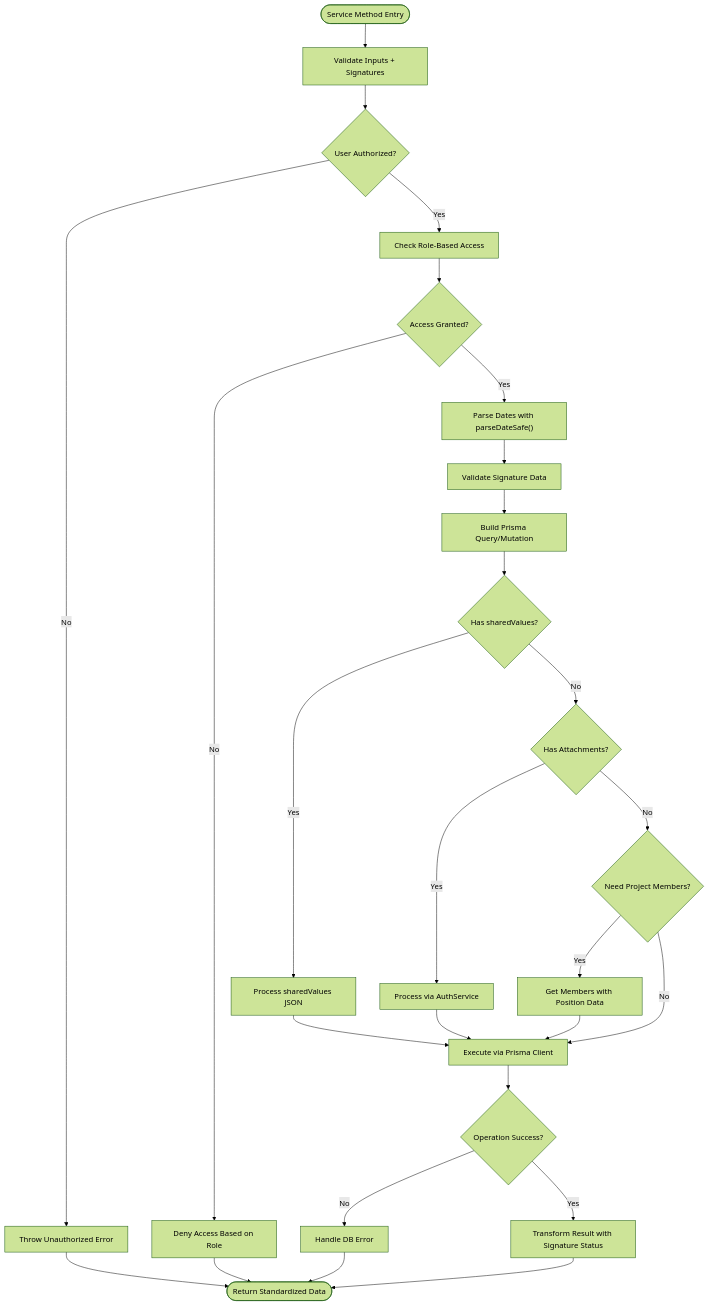
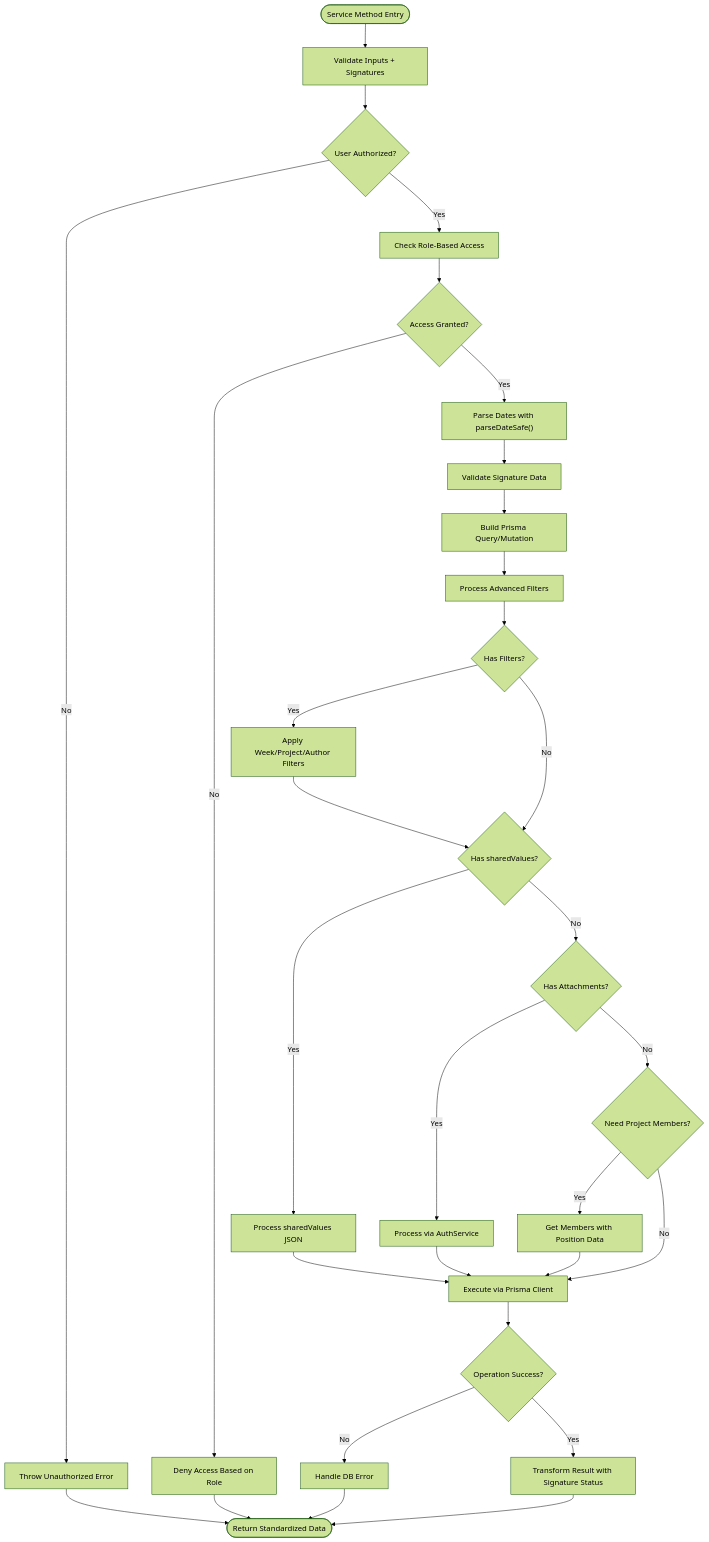
One commit to RobertRuas/windlog changed the fourth of 12 diagrams in .qoder/repowiki/en/content/Arquitetura Backend/Módulos do Sistema/Timesheet Semanal - Módulo Backend.md. Above: the diagram before and after it, drawn with Mermaid (forest theme). The commit also changed other lines of this file and 45 other files, not shown here.

````diff
--- a/.qoder/repowiki/en/content/Arquitetura Backend/Módulos do Sistema/Timesheet Semanal - Módulo Backend.md
+++ b/.qoder/repowiki/en/content/Arquitetura Backend/Módulos do Sistema/Timesheet Semanal - Módulo Backend.md
@@ -307,29 +324,33 @@
 ```mermaid
 flowchart TD
 Start(["Service Method Entry"]) --> Validate["Validate Inputs + Signatures"]
 Validate --> CheckAuth{"User Authorized?"}
 CheckAuth --> |No| ThrowError["Throw Unauthorized Error"]
 CheckAuth --> |Yes| CheckAccessControl["Check Role-Based Access"]
 CheckAccessControl --> AccessGranted{"Access Granted?"}
 AccessGranted --> |No| DenyAccess["Deny Access Based on Role"]
 AccessGranted --> |Yes| ParseDates["Parse Dates with parseDateSafe()"]
 ParseDates --> ValidateSignatures["Validate Signature Data"]
 ValidateSignatures --> BuildQuery["Build Prisma Query/Mutation"]
-BuildQuery --> HandleSharedValues{"Has sharedValues?"}
-HandleSharedValues --> |Yes| ProcessSharedValues["Process sharedValues JSON"]
-HandleSharedValues --> |No| CheckAttachments{"Has Attachments?"}
+BuildQuery --> ProcessFilters["Process Advanced Filters"]
+ProcessFilters --> HasFilters{"Has Filters?"}
+HasFilters --> |Yes| ApplyFilters["Apply Week/Project/Author Filters"]
+HasFilters --> |No| CheckSharedValues{"Has sharedValues?"}
+ApplyFilters --> CheckSharedValues
+CheckSharedValues --> |Yes| ProcessSharedValues["Process sharedValues JSON"]
+CheckSharedValues --> |No| CheckAttachments{"Has Attachments?"}
 CheckAttachments --> |Yes| ProcessAttachments["Process via AuthService"]
 CheckAttachments --> |No| CheckProjectMembers{"Need Project Members?"}
 CheckProjectMembers --> |Yes| GetMembersWithPositions["Get Members with Position Data"]
 CheckProjectMembers --> |No| Execute["Execute via Prisma Client"]
 GetMembersWithPositions --> Execute
 ProcessSharedValues --> Execute
 ProcessAttachments --> Execute
 Execute --> Success{"Operation Success?"}
 Success --> |No| HandleError["Handle DB Error"]
 Success --> |Yes| Transform["Transform Result with Signature Status"]
 Transform --> Return(["Return Standardized Data"])
 HandleError --> Return
 ThrowError --> Return
 DenyAccess --> Return
 ```
````
